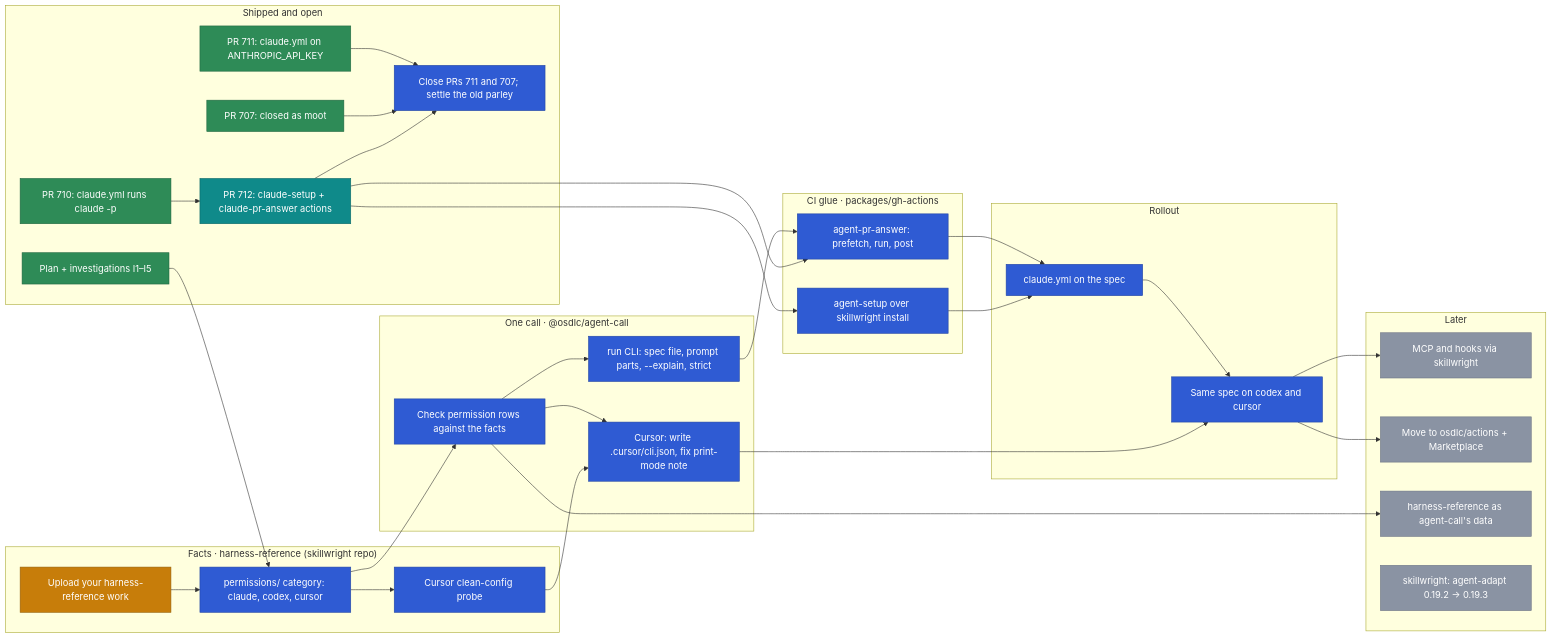
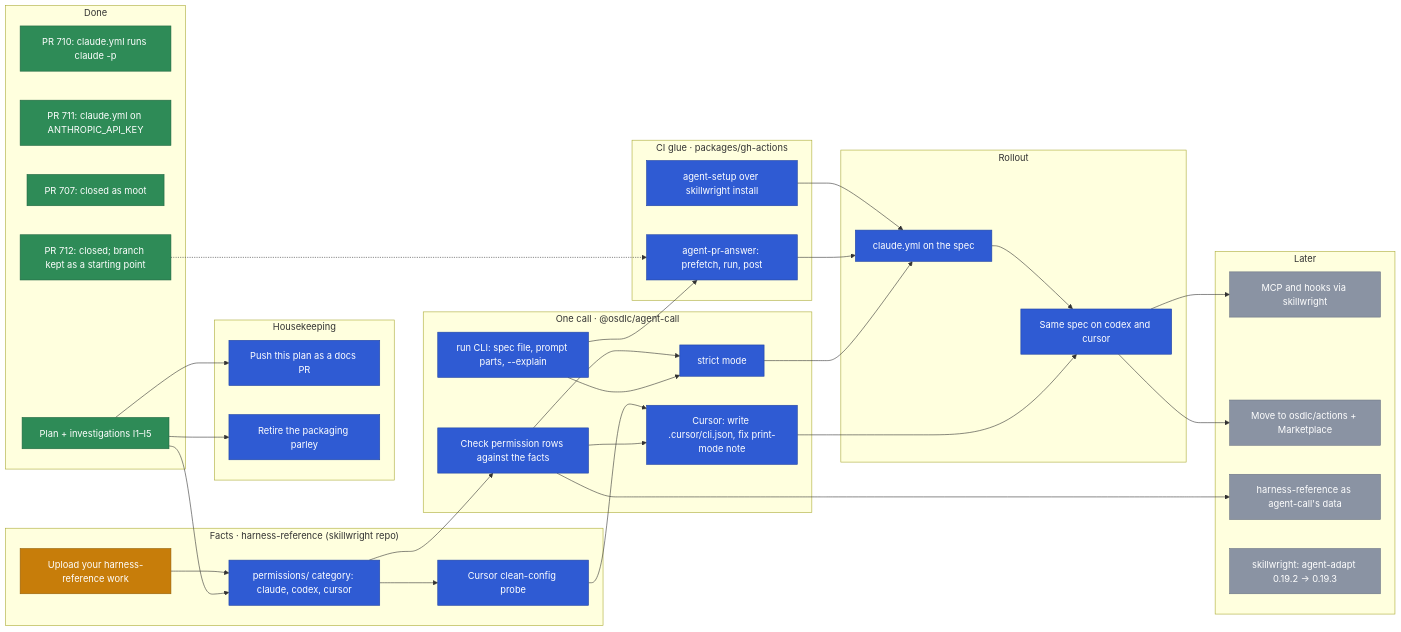
One commit to osdlc/osdlc changed the diagram in docs/planning/agent-ci.md. Above: the diagram before and after it, drawn with Mermaid. The commit also changed other lines of this file, not shown here.

Commit message:
docs(planning): redraw the roadmap after closing PR 712

````diff
--- a/docs/planning/agent-ci.md
+++ b/docs/planning/agent-ci.md
@@ -26,70 +29,72 @@
 ```mermaid
 flowchart LR
-  subgraph now["Shipped and open"]
+  subgraph done["Done"]
     W710["PR 710: claude.yml runs claude -p"]
-    P712["PR 712: claude-setup + claude-pr-answer actions"]
+    P711["PR 711: claude.yml on ANTHROPIC_API_KEY"]
+    P707["PR 707: closed as moot"]
+    P712["PR 712: closed; branch kept as a starting point"]
     PLAN["Plan + investigations I1–I5"]
-    P707["PR 707: closed as moot"]
-    P711["PR 711: claude.yml on ANTHROPIC_API_KEY"]
-    CLOSE["Close PRs 711 and 707; settle the old parley"]
+  end
+  subgraph house["Housekeeping"]
+    PLANPR["Push this plan as a docs PR"]
+    PARLEY["Retire the packaging parley"]
   end
   subgraph facts["Facts · harness-reference (skillwright repo)"]
     UP["Upload your harness-reference work"]
     PERM["permissions/ category: claude, codex, cursor"]
     PROBE["Cursor clean-config probe"]
   end
   subgraph call["One call · @osdlc/agent-call"]
+    RUN["run CLI: spec file, prompt parts, --explain"]
     CHECK["Check permission rows against the facts"]
+    STRICT["strict mode"]
     CUR["Cursor: write .cursor/cli.json, fix print-mode note"]
-    RUN["run CLI: spec file, prompt parts, --explain, strict"]
   end
   subgraph acts["CI glue · packages/gh-actions"]
     SETUP["agent-setup over skillwright install"]
     ANS["agent-pr-answer: prefetch, run, post"]
   end
   subgraph roll["Rollout"]
     SPEC["claude.yml on the spec"]
     MULTI["Same spec on codex and cursor"]
   end
   subgraph later["Later"]
     MCP["MCP and hooks via skillwright"]
     PUB["Move to osdlc/actions + Marketplace"]
     DATA["harness-reference as agent-call's data"]
     PIN["skillwright: agent-adapt 0.19.2 → 0.19.3"]
   end
 
-  W710 --> P712
-  P712 --> CLOSE
-  P707 --> CLOSE
-  P711 --> CLOSE
+  PLAN --> PLANPR
+  PLAN --> PARLEY
   UP --> PERM
   PLAN --> PERM
   PERM --> PROBE
   PERM --> CHECK
+  CHECK --> STRICT
+  RUN --> STRICT
   PROBE --> CUR
   CHECK --> CUR
-  CHECK --> RUN
-  P712 --> SETUP
-  P712 --> ANS
+  P712 -.-> ANS
   RUN --> ANS
   SETUP --> SPEC
   ANS --> SPEC
+  STRICT --> SPEC
+  SPEC --> MULTI
   CUR --> MULTI
-  SPEC --> MULTI
   MULTI --> MCP
   MULTI --> PUB
   CHECK --> DATA
 
   classDef done fill:#2e8b57,stroke:#1f6640,color:#ffffff
   classDef review fill:#0f8a8a,stroke:#0a6666,color:#ffffff
   classDef ready fill:#7a4fc2,stroke:#5a3596,color:#ffffff
   classDef blocked fill:#c0392b,stroke:#8e2a20,color:#ffffff
   classDef active fill:#c77d0a,stroke:#94600a,color:#ffffff
   classDef next fill:#2f5bd3,stroke:#2144a3,color:#ffffff
   classDef later fill:#8a93a3,stroke:#6b7384,color:#ffffff
-  class W710,PLAN,P707,P711 done
-  class P712 review
+  class W710,P711,P707,P712,PLAN done
   class UP active
-  class CLOSE,PERM,PROBE,CHECK,CUR,RUN,SETUP,ANS,SPEC,MULTI next
+  class PLANPR,PARLEY,PERM,PROBE,RUN,CHECK,STRICT,CUR,SETUP,ANS,SPEC,MULTI next
   class MCP,PUB,DATA,PIN later
 ```
````
